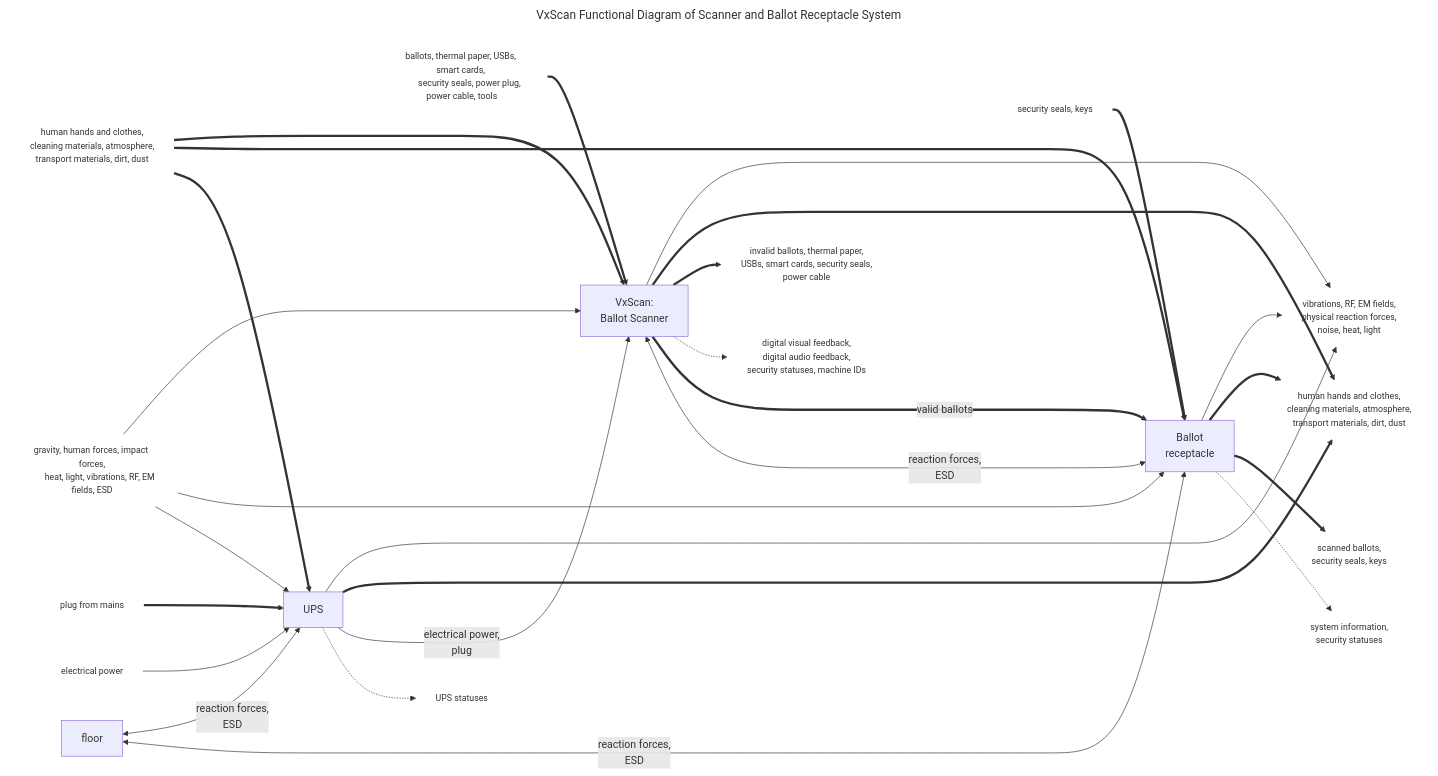
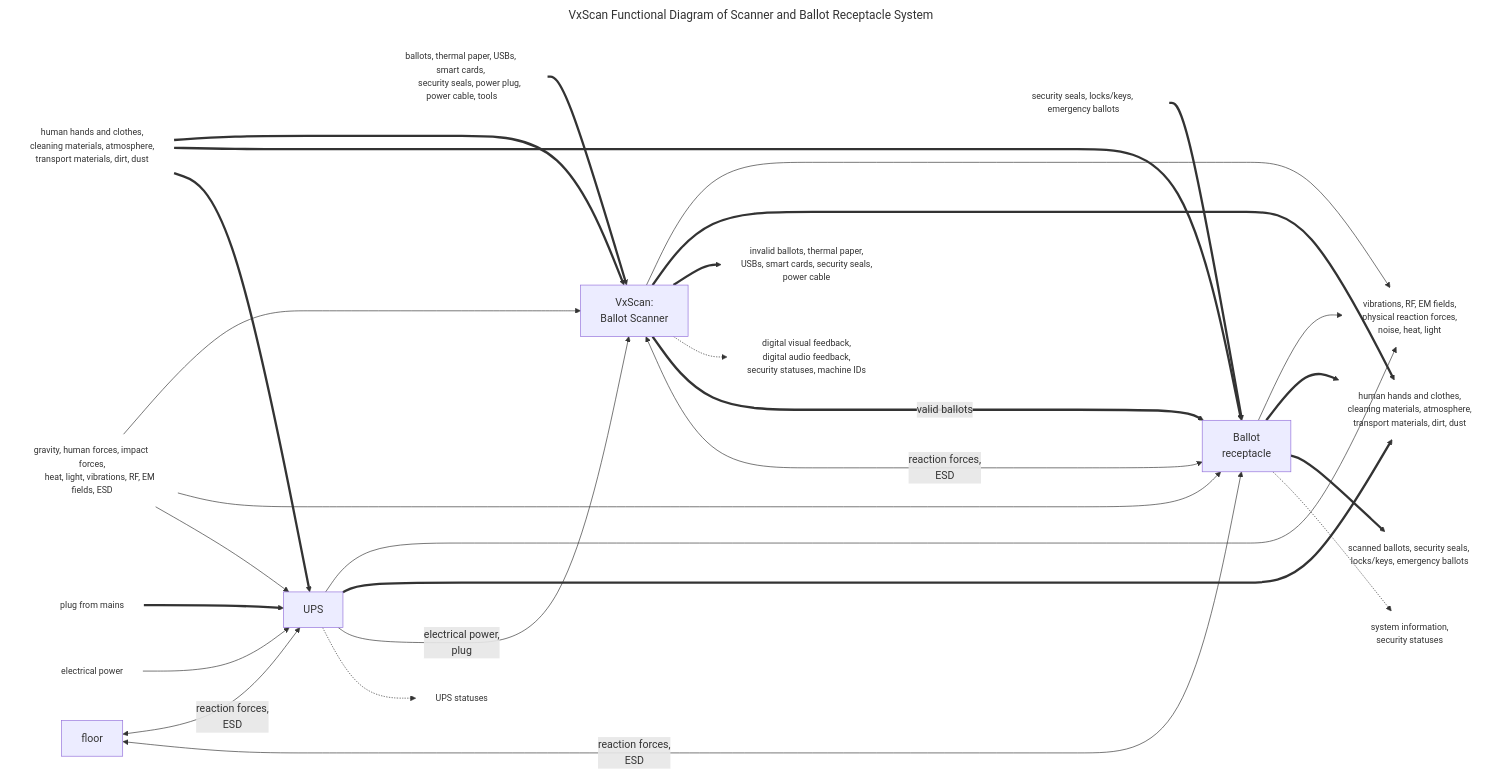
One commit to votingworks/functional-diagrams-hardware changed the diagram in vxscan/system-diagram-hardware.md. Above: the diagram before and after it, drawn with Mermaid. The commit also changed 2 other files, not shown here.

Commit message:
Add emergency ballot to ballot box I/O

````diff
--- a/vxscan/system-diagram-hardware.md
+++ b/vxscan/system-diagram-hardware.md
@@ -3,83 +3,82 @@
 ```mermaid
 ---
 title: VxScan Functional Diagram of Scanner and Ballot Receptacle System
 ---
 
 flowchart LR
 
     scanner["VxScan: 
         Ballot Scanner"]
     ballotReceptacle["Ballot 
         receptacle"]
     ups["UPS"]
     floor 
 
     inputsMaterialsCommon["human hands and clothes, 
         cleaning materials, atmosphere,
         transport materials, dirt, dust"]
     inputsMaterialsCommon ==> scanner & ballotReceptacle & ups
 
     outputsEnergyCommon["vibrations, RF, EM fields, 
         physical reaction forces, 
         noise, heat, light"]
     scanner & ballotReceptacle & ups --> outputsEnergyCommon
 
     outputsMaterialsCommon["human hands and clothes, 
         cleaning materials, atmosphere,
         transport materials, dirt, dust"]
     scanner & ballotReceptacle & ups ==> outputsMaterialsCommon
 
     inputsMaterialScanner["ballots, thermal paper, USBs, smart cards, 
         security seals, power plug, power cable, tools"]
     inputsMaterialScanner ==> scanner
 
     inputsEnergyCommon["gravity, human forces, impact forces,
         heat, light, vibrations, RF, EM fields, ESD"]
     inputsEnergyCommon --> scanner & ballotReceptacle & ups
 
     outputsMaterialScanner["invalid ballots, thermal paper, 
         USBs, smart cards, security seals, 
         power cable"]
     scanner ==> outputsMaterialScanner
 
     outputsInformationScanner["digital visual feedback,
         digital audio feedback,
         security statuses, machine IDs"]
     scanner -.-> outputsInformationScanner
 
     scanner ====> |"valid ballots"|ballotReceptacle
     scanner <--> |"reaction forces, 
         ESD"|ballotReceptacle
 
-    inputsMaterialsBallotReceptacle["security seals, keys"]
+    inputsMaterialsBallotReceptacle["security seals, locks/keys, emergency ballots"]
     inputsMaterialsBallotReceptacle ==> ballotReceptacle
 
-    outputsMaterialsBallotReceptacle["scanned ballots, 
-        security seals, keys"]
+    outputsMaterialsBallotReceptacle["scanned ballots, security seals, locks/keys, emergency ballots"]
     ballotReceptacle ==> outputsMaterialsBallotReceptacle
 
     outputsInformationBallotReceptacle["system information, 
         security statuses"]
     ballotReceptacle -.-> outputsInformationBallotReceptacle
 
     ups ---> |"electrical power, 
         plug"|scanner
 
     outputsInformationUps["UPS statuses"]
     ups -.-> outputsInformationUps
 
     inputsMaterialsUps["plug from mains"]
     inputsMaterialsUps ==> ups
     inputsEnergyUps["electrical power"]
     inputsEnergyUps --> ups
 
     floor <--> |"reaction forces, 
         ESD"|ups
     floor <--> |"reaction forces, 
         ESD"|ballotReceptacle
 
     classDef io font-size:10pt,stroke-width:0px,fill-opacity:0;
     class inputsEnergyCommon,inputsMaterialScanner,inputsEnergyCommon,outputsMaterialScanner,outputsMaterialsCommon,outputsEnergyCommon,inputsMaterialsBallotReceptacle,outputsInformationScanner,outputsMaterialsBallotReceptacle,outputsInformationBallotReceptacle,inputsEnergyBallotReceptacle,inputsMaterialsCommon,outputsInformationUps,inputsEnergyUps,inputsMaterialsUps io;
 
 
 ```
````
